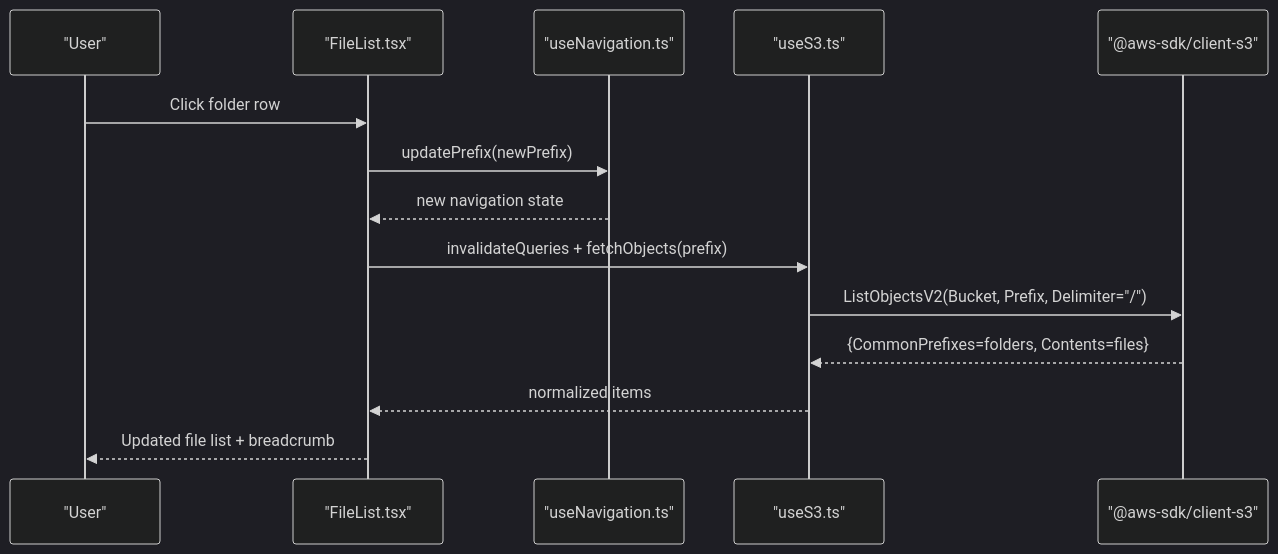
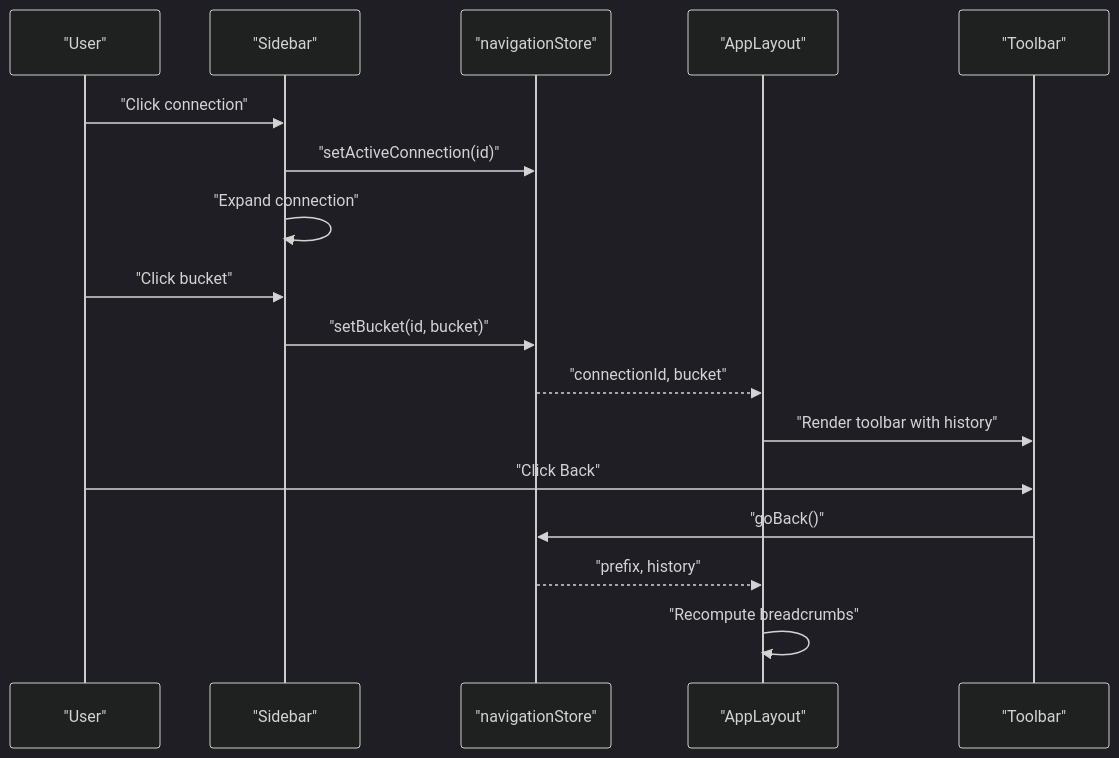
One commit to nasrulhadi/s3-explorer changed the fourth of 7 diagrams in .qoder/repowiki/en/content/Core Features/Core Features.md. Above: the diagram before and after it, drawn with Mermaid (dark theme). The commit also changed other lines of this file and 46 other files, not shown here.

````diff
--- a/.qoder/repowiki/en/content/Core Features/Core Features.md
+++ b/.qoder/repowiki/en/content/Core Features/Core Features.md
@@ -270,16 +234,19 @@
 ```mermaid
 sequenceDiagram
-participant User as "User"
-participant UI as "FileList.tsx"
-participant Nav as "useNavigation.ts"
-participant S3Hook as "useS3.ts"
-participant AWS as "@aws-sdk/client-s3"
-User->>UI : Click folder row
-UI->>Nav : updatePrefix(newPrefix)
-Nav-->>UI : new navigation state
-UI->>S3Hook : invalidateQueries + fetchObjects(prefix)
-S3Hook->>AWS : ListObjectsV2(Bucket, Prefix, Delimiter="/")
-AWS-->>S3Hook : {CommonPrefixes=folders, Contents=files}
-S3Hook-->>UI : normalized items
-UI-->>User : Updated file list + breadcrumb
+participant U as "User"
+participant SB as "Sidebar"
+participant NS as "navigationStore"
+participant AL as "AppLayout"
+participant TL as "Toolbar"
+U->>SB : "Click connection"
+SB->>NS : "setActiveConnection(id)"
+SB->>SB : "Expand connection"
+U->>SB : "Click bucket"
+SB->>NS : "setBucket(id, bucket)"
+NS-->>AL : "connectionId, bucket"
+AL->>TL : "Render toolbar with history"
+U->>TL : "Click Back"
+TL->>NS : "goBack()"
+NS-->>AL : "prefix, history"
+AL->>AL : "Recompute breadcrumbs"
 ```
````
